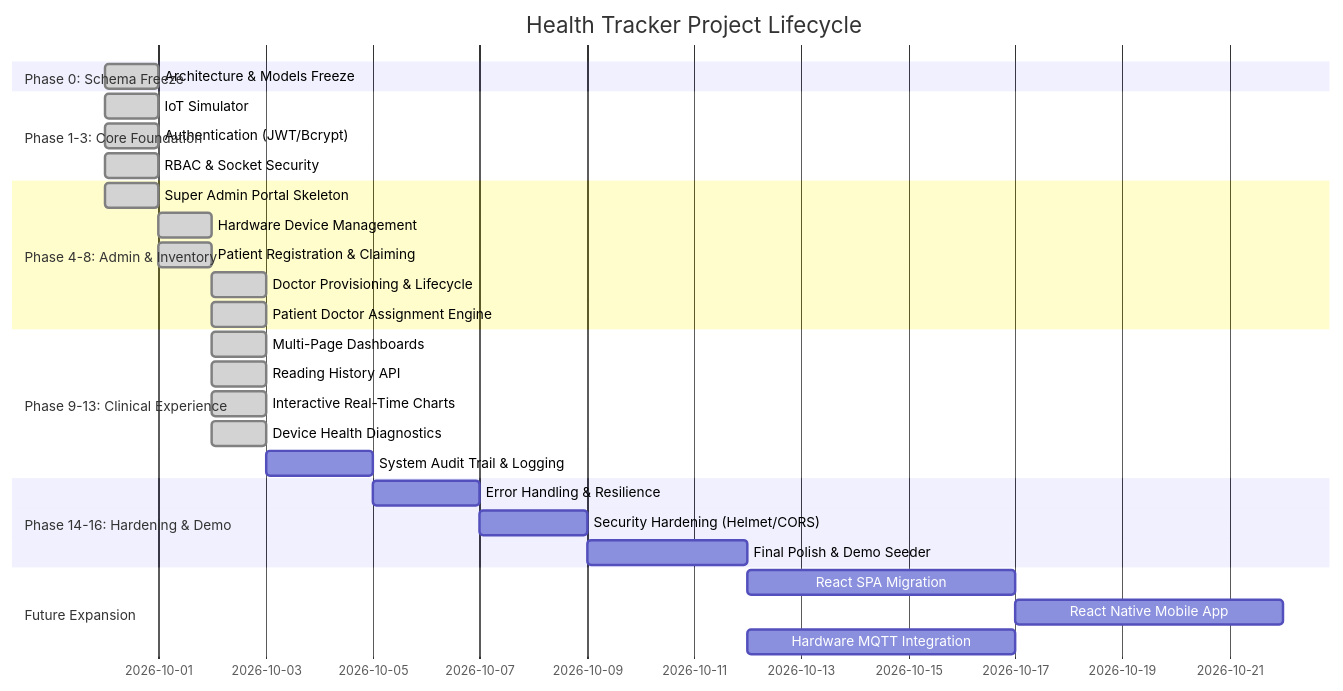
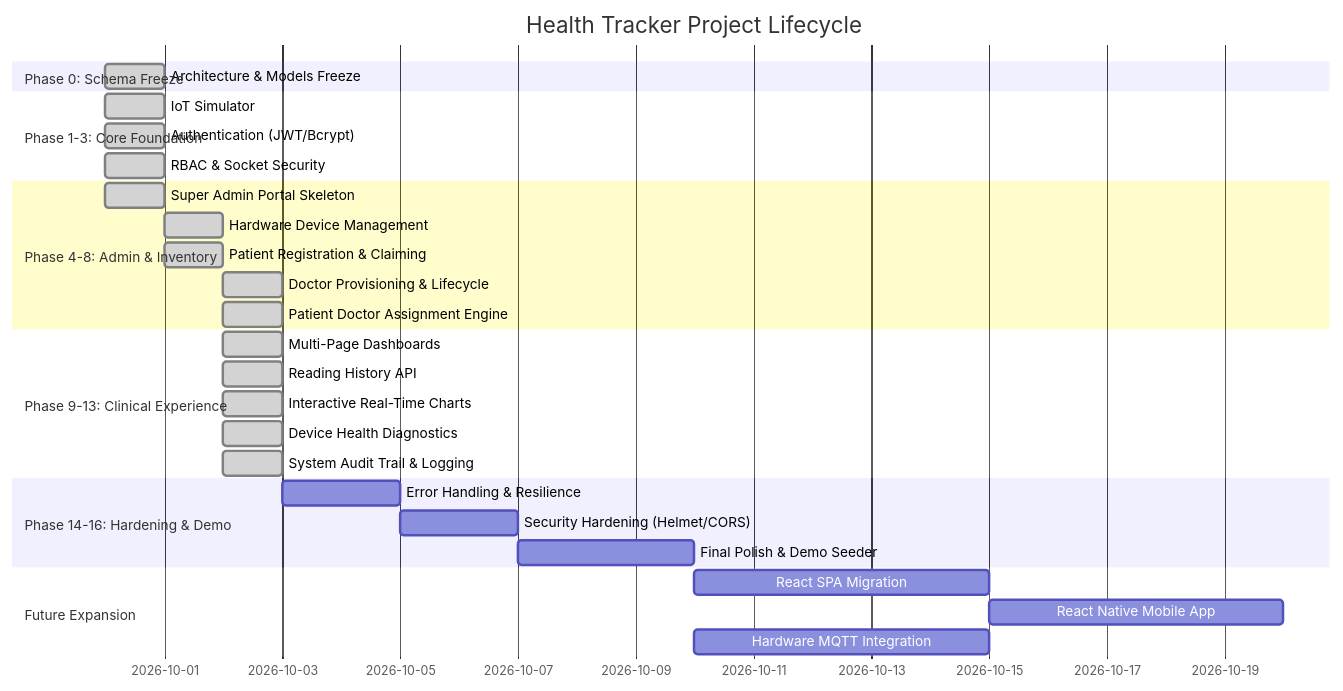
The diagram in doc/HEALTH_TRACKER_PROGRESS.md (Rishi-Dev-pro/med-p), drawn with Mermaid before and after one commit. The commit also changed other lines of this file and 18 other files, not shown here.

Commit message:
feat(phase-13): centralized audit trail and activity feed

````diff
--- a/doc/HEALTH_TRACKER_PROGRESS.md
+++ b/doc/HEALTH_TRACKER_PROGRESS.md
@@ -24,31 +24,31 @@
 ```mermaid
 gantt
     title Health Tracker Project Lifecycle
     dateFormat  YYYY-MM-DD
     section Phase 0: Schema Freeze
     Architecture & Models Freeze       :done, p0, 2026-09-30, 1d
     section Phase 1-3: Core Foundation
     IoT Simulator                     :done, p1, 2026-09-30, 1d
     Authentication (JWT/Bcrypt)       :done, p2, 2026-09-30, 1d
     RBAC & Socket Security            :done, p3, 2026-09-30, 1d
     section Phase 4-8: Admin & Inventory
     Super Admin Portal Skeleton       :done, p4, 2026-09-30, 1d
     Hardware Device Management        :done, p5, 2026-10-01, 1d
     Patient Registration & Claiming   :done, p6, 2026-10-01, 1d
     Doctor Provisioning & Lifecycle   :done, p7, 2026-10-02, 1d
     Patient Doctor Assignment Engine  :done, p8, 2026-10-02, 1d
     section Phase 9-13: Clinical Experience
     Multi-Page Dashboards             :done, p9, 2026-10-02, 1d
     Reading History API               :done, p10, 2026-10-02, 1d
     Interactive Real-Time Charts      :done, p11, 2026-10-02, 1d
     Device Health Diagnostics         :done, p12, 2026-10-02, 1d
-    System Audit Trail & Logging      :p13, after p12, 2d
+    System Audit Trail & Logging      :done, p13, 2026-10-02, 1d
     section Phase 14-16: Hardening & Demo
     Error Handling & Resilience       :p14, after p13, 2d
     Security Hardening (Helmet/CORS)  :p15, after p14, 2d
     Final Polish & Demo Seeder        :p16, after p15, 3d
     section Future Expansion
     React SPA Migration               :p17, after p16, 5d
     React Native Mobile App           :p18, after p17, 5d
     Hardware MQTT Integration         :p19, after p16, 5d
 ```
````
